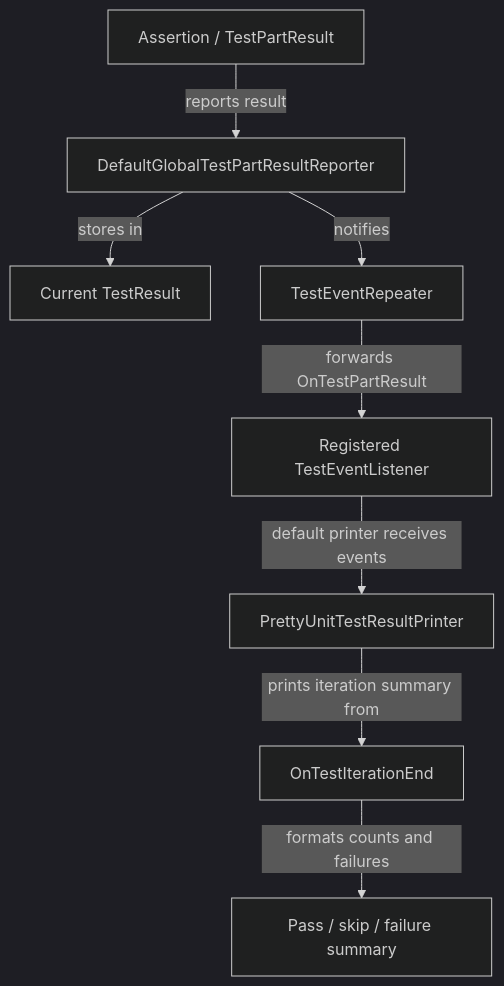
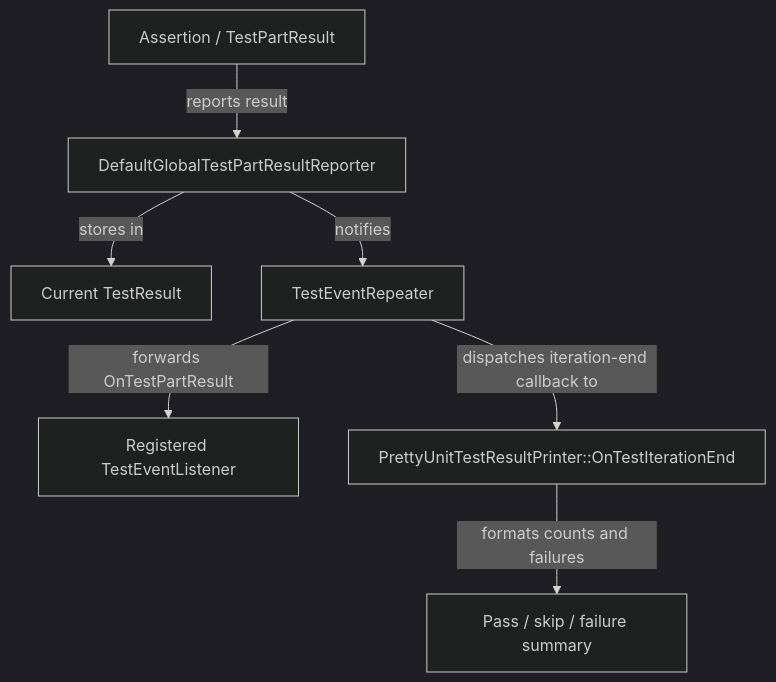
The third of 3 diagrams in docs/wiki/_plugin_v2_0_10_retest/03_test_execution_lifecycle.md (maxiaoxuxu/googletest), drawn with Mermaid (dark theme) before and after one commit. The commit also changed other lines of this file and 2 other files, not shown here.

Commit message:
Clarify suite setup order and listener result flow

````diff
--- a/docs/wiki/_plugin_v2_0_10_retest/03_test_execution_lifecycle.md
+++ b/docs/wiki/_plugin_v2_0_10_retest/03_test_execution_lifecycle.md
@@ -148,18 +148,16 @@
 ```mermaid
 graph TD
     ASSERT["Assertion / TestPartResult"]
     REPORTER["DefaultGlobalTestPartResultReporter"]
     RESULT["Current TestResult"]
     REPEATER["TestEventRepeater"]
     LISTENER["Registered TestEventListener"]
-    PRINTER["PrettyUnitTestResultPrinter"]
-    ITER["OnTestIterationEnd"]
+    PRINTER["PrettyUnitTestResultPrinter::OnTestIterationEnd"]
     SUMMARY["Pass / skip / failure summary"]
     ASSERT -->|reports result| REPORTER
     REPORTER -->|stores in| RESULT
     REPORTER -->|notifies| REPEATER
     REPEATER -->|forwards OnTestPartResult| LISTENER
-    LISTENER -->|default printer receives events| PRINTER
-    PRINTER -->|prints iteration summary from| ITER
-    ITER -->|formats counts and failures| SUMMARY
+    REPEATER -->|dispatches iteration-end callback to| PRINTER
+    PRINTER -->|formats counts and failures| SUMMARY
 ```
````
